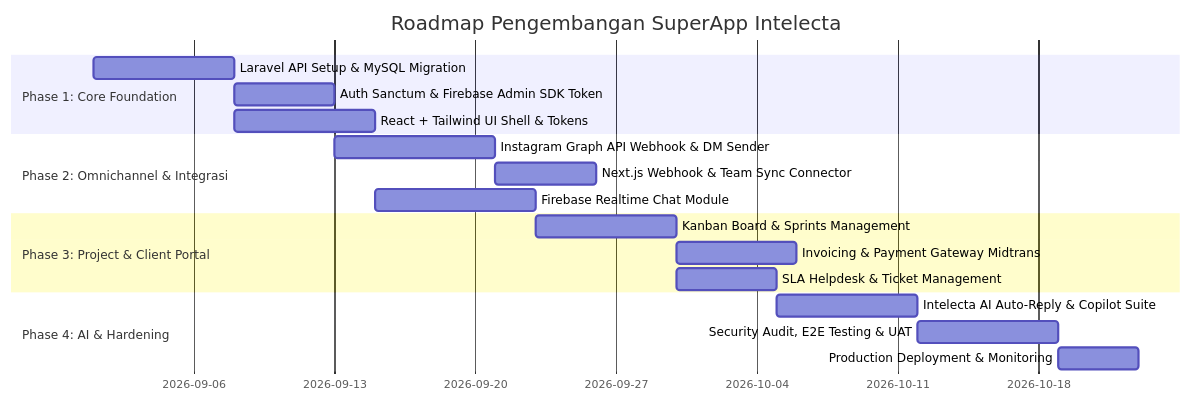
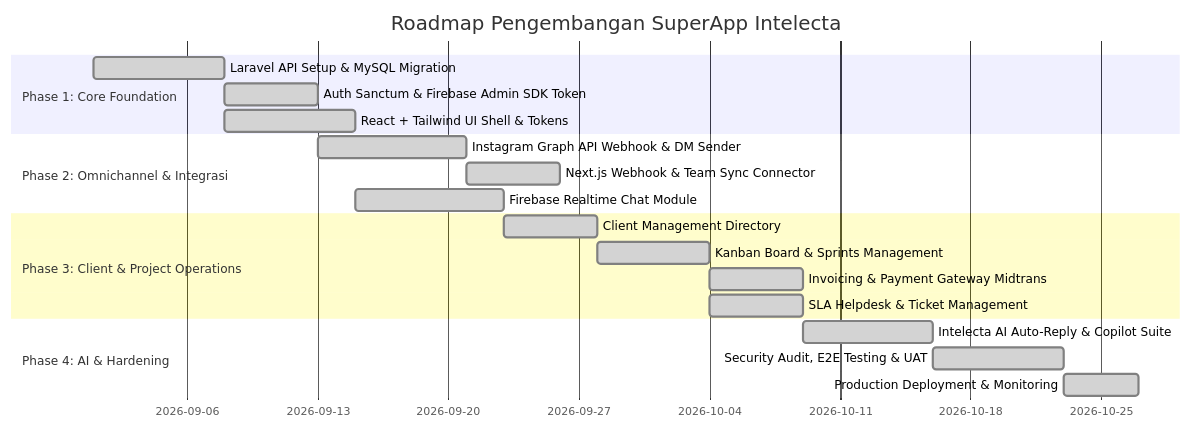
One commit to Intelecta-id/SuperApp changed the second of 2 diagrams in SUPERAPP_INTELECTA_PRD.md. Above: the diagram before and after it, drawn with Mermaid. The commit also changed other lines of this file and 5 other files, not shown here.

Commit message:
docs: update technical PRD, system architecture, and API documentation

````diff
--- a/SUPERAPP_INTELECTA_PRD.md
+++ b/SUPERAPP_INTELECTA_PRD.md
@@ -540,24 +502,25 @@
 ```mermaid
 gantt
     title Roadmap Pengembangan SuperApp Intelecta
     dateFormat  YYYY-MM-DD
     section Phase 1: Core Foundation
-    Laravel API Setup & MySQL Migration    :p1_1, 2026-09-01, 7d
-    Auth Sanctum & Firebase Admin SDK Token :p1_2, after p1_1, 5d
-    React + Tailwind UI Shell & Tokens     :p1_3, after p1_1, 7d
+    Laravel API Setup & MySQL Migration    :done, p1_1, 2026-09-01, 7d
+    Auth Sanctum & Firebase Admin SDK Token :done, p1_2, after p1_1, 5d
+    React + Tailwind UI Shell & Tokens     :done, p1_3, after p1_1, 7d
     
     section Phase 2: Omnichannel & Integrasi
-    Instagram Graph API Webhook & DM Sender:p2_1, after p1_2, 8d
-    Next.js Webhook & Team Sync Connector  :p2_2, after p2_1, 5d
-    Firebase Realtime Chat Module          :p2_3, after p1_3, 8d
+    Instagram Graph API Webhook & DM Sender:done, p2_1, after p1_2, 8d
+    Next.js Webhook & Team Sync Connector  :done, p2_2, after p2_1, 5d
+    Firebase Realtime Chat Module          :done, p2_3, after p1_3, 8d
     
-    section Phase 3: Project & Client Portal
-    Kanban Board & Sprints Management      :p3_1, after p2_3, 7d
-    Invoicing & Payment Gateway Midtrans   :p3_2, after p3_1, 6d
-    SLA Helpdesk & Ticket Management       :p3_3, after p3_1, 5d
+    section Phase 3: Client & Project Operations
+    Client Management Directory            :done, p3_1, after p2_3, 5d
+    Kanban Board & Sprints Management      :done, p3_2, after p3_1, 6d
+    Invoicing & Payment Gateway Midtrans   :done, p3_3, after p3_2, 5d
+    SLA Helpdesk & Ticket Management       :done, p3_4, after p3_2, 5d
     
     section Phase 4: AI & Hardening
-    Intelecta AI Auto-Reply & Copilot Suite:p4_1, after p3_3, 7d
-    Security Audit, E2E Testing & UAT      :p4_2, after p4_1, 7d
-    Production Deployment & Monitoring     :p4_3, after p4_2, 4d
+    Intelecta AI Auto-Reply & Copilot Suite:done, p4_1, after p3_4, 7d
+    Security Audit, E2E Testing & UAT      :done, p4_2, after p4_1, 7d
+    Production Deployment & Monitoring     :done, p4_3, after p4_2, 4d
 ```
````
